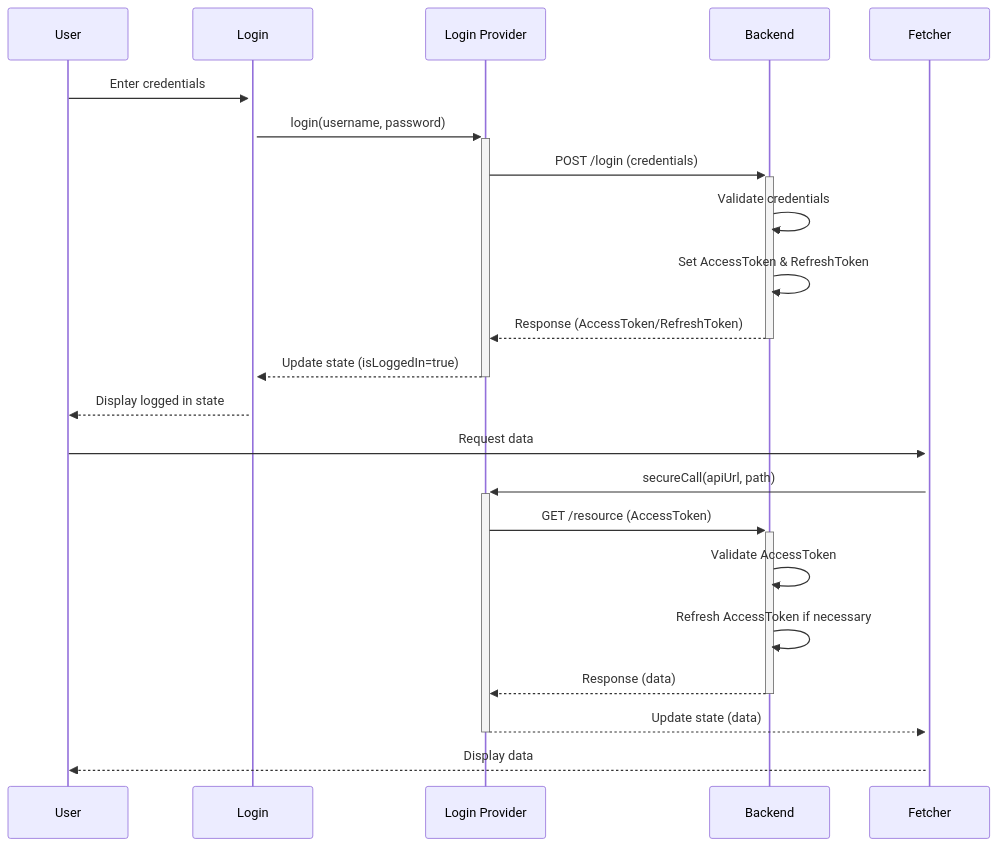
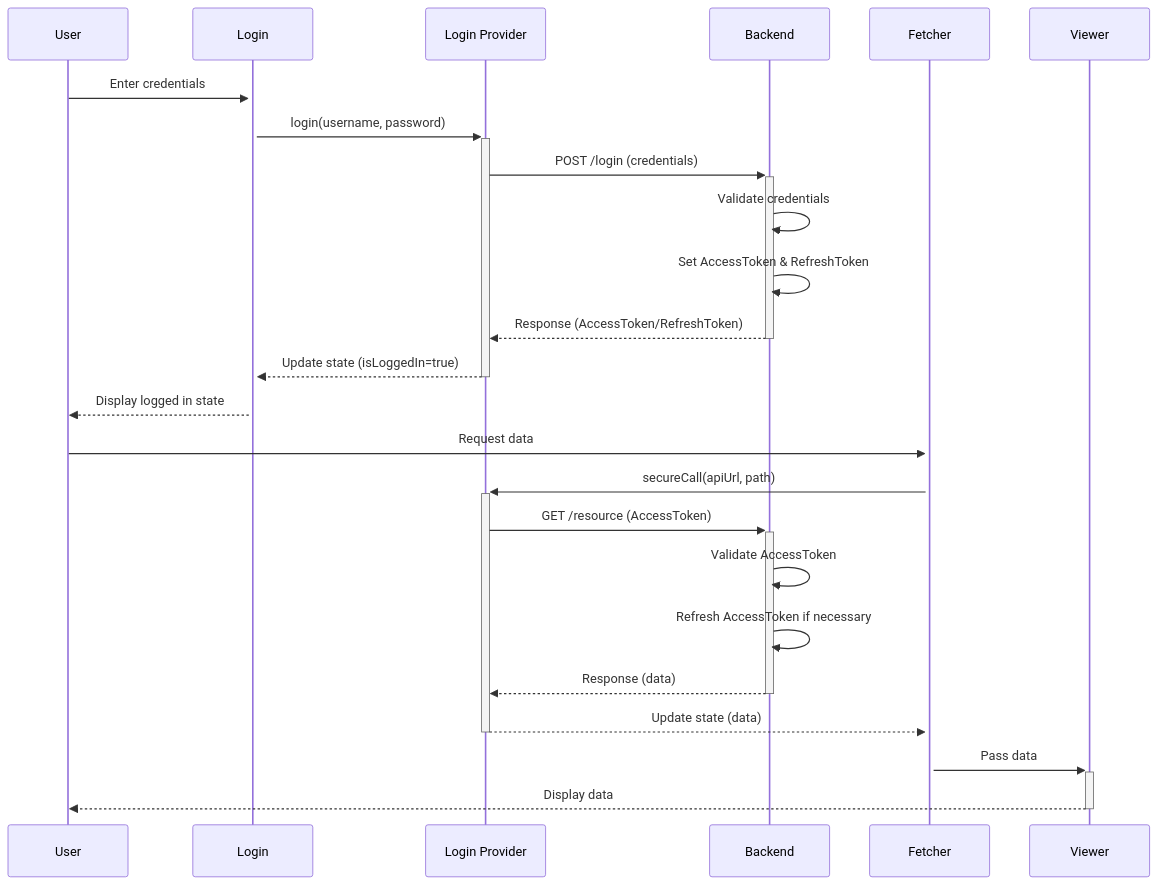
One commit to miwashi-edu/edu-login-provider changed the diagram in README.md. Above: the diagram before and after it, drawn with Mermaid.

````diff
--- a/README.md
+++ b/README.md
@@ -3,26 +3,28 @@
 ```mermaid
 sequenceDiagram
     participant User
     participant Login
     participant LoginProvider as Login Provider
     participant Backend
     participant Fetcher
+    participant Viewer
 
     User->>+Login: Enter credentials
     Login->>+LoginProvider: login(username, password)
     LoginProvider->>+Backend: POST /login (credentials)
     Backend->>Backend: Validate credentials
     Backend->>Backend: Set AccessToken & RefreshToken
     Backend-->>-LoginProvider: Response (AccessToken/RefreshToken)
     LoginProvider-->>-Login: Update state (isLoggedIn=true)
     Login-->>User: Display logged in state
 
     User->>+Fetcher: Request data
     Fetcher->>+LoginProvider: secureCall(apiUrl, path)
     LoginProvider->>+Backend: GET /resource (AccessToken)
     Backend->>Backend: Validate AccessToken
     Backend->>Backend: Refresh AccessToken if necessary
     Backend-->>-LoginProvider: Response (data)
     LoginProvider-->>-Fetcher: Update state (data)
-    Fetcher-->>User: Display data
+    Fetcher->>+Viewer: Pass data
+    Viewer-->>-User: Display data
 ```
````
